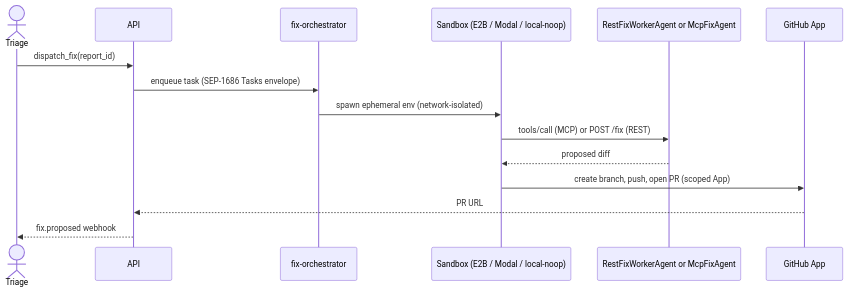
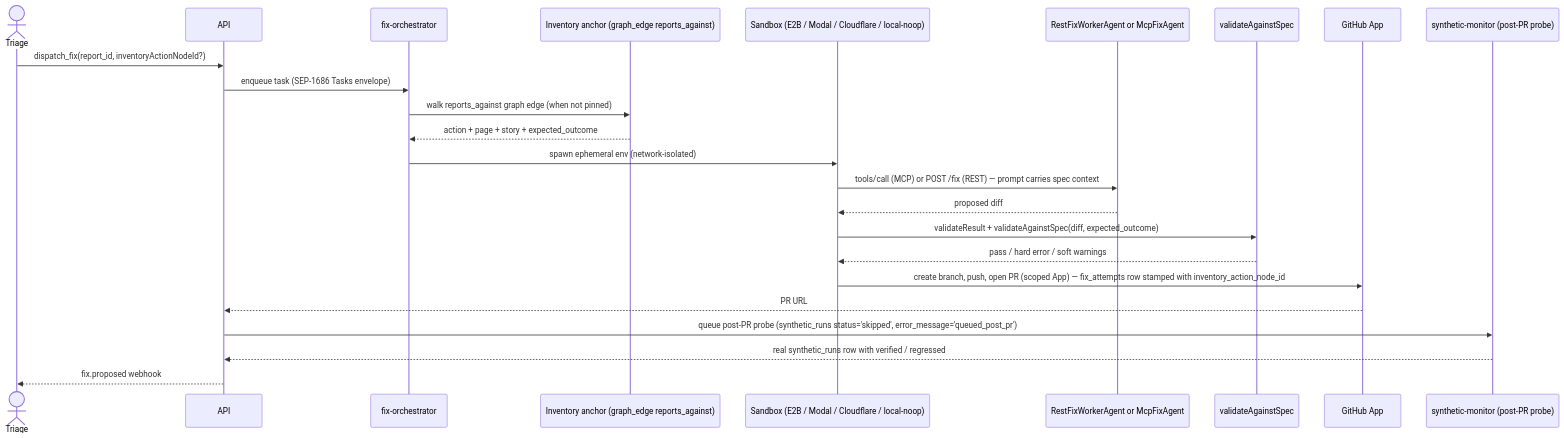
The diagram in apps/docs/content/concepts/fix-orchestrator.mdx (kensaurus/mushi-mushi), drawn with Mermaid before and after one commit. The commit also changed other lines of this file and 52 other files, not shown here.

````diff
--- a/apps/docs/content/concepts/fix-orchestrator.mdx
+++ b/apps/docs/content/concepts/fix-orchestrator.mdx
@@ -12,17 +12,26 @@
 ```mermaid
 sequenceDiagram
   actor T as Triage
   participant API
   participant Orch as fix-orchestrator
-  participant Sand as Sandbox (E2B / Modal / local-noop)
+  participant Inv as Inventory anchor (graph_edge reports_against)
+  participant Sand as Sandbox (E2B / Modal / Cloudflare / local-noop)
   participant Agent as RestFixWorkerAgent or McpFixAgent
+  participant Spec as validateAgainstSpec
   participant GH as GitHub App
-  T->>API: dispatch_fix(report_id)
+  participant Mon as synthetic-monitor (post-PR probe)
+  T->>API: dispatch_fix(report_id, inventoryActionNodeId?)
   API->>Orch: enqueue task (SEP-1686 Tasks envelope)
+  Orch->>Inv: walk reports_against graph edge (when not pinned)
+  Inv-->>Orch: action + page + story + expected_outcome
   Orch->>Sand: spawn ephemeral env (network-isolated)
-  Sand->>Agent: tools/call (MCP) or POST /fix (REST)
+  Sand->>Agent: tools/call (MCP) or POST /fix (REST) — prompt carries spec context
   Agent-->>Sand: proposed diff
-  Sand->>GH: create branch, push, open PR (scoped App)
+  Sand->>Spec: validateResult + validateAgainstSpec(diff, expected_outcome)
+  Spec-->>Sand: pass / hard error / soft warnings
+  Sand->>GH: create branch, push, open PR (scoped App) — fix_attempts row stamped with inventory_action_node_id
   GH-->>API: PR URL
+  API->>Mon: queue post-PR probe (synthetic_runs status='skipped', error_message='queued_post_pr')
+  Mon-->>API: real synthetic_runs row with verified / regressed
   API-->>T: fix.proposed webhook
 ```
````
